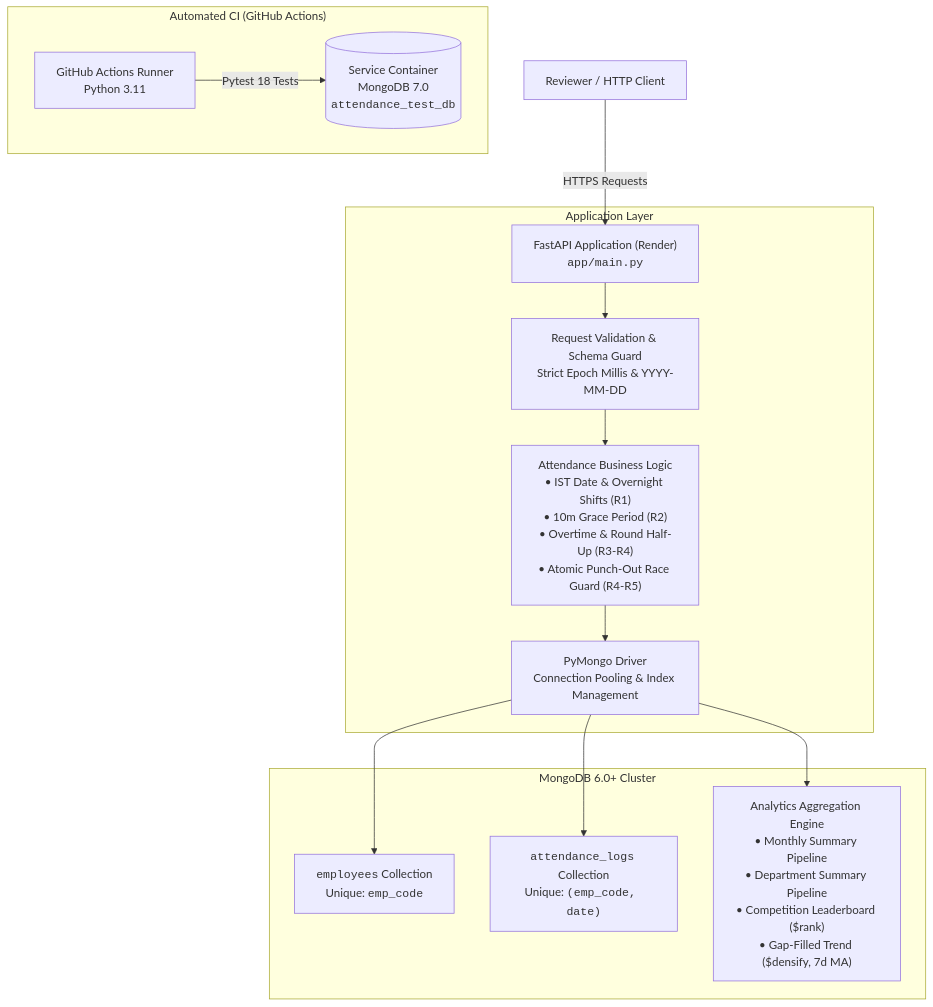
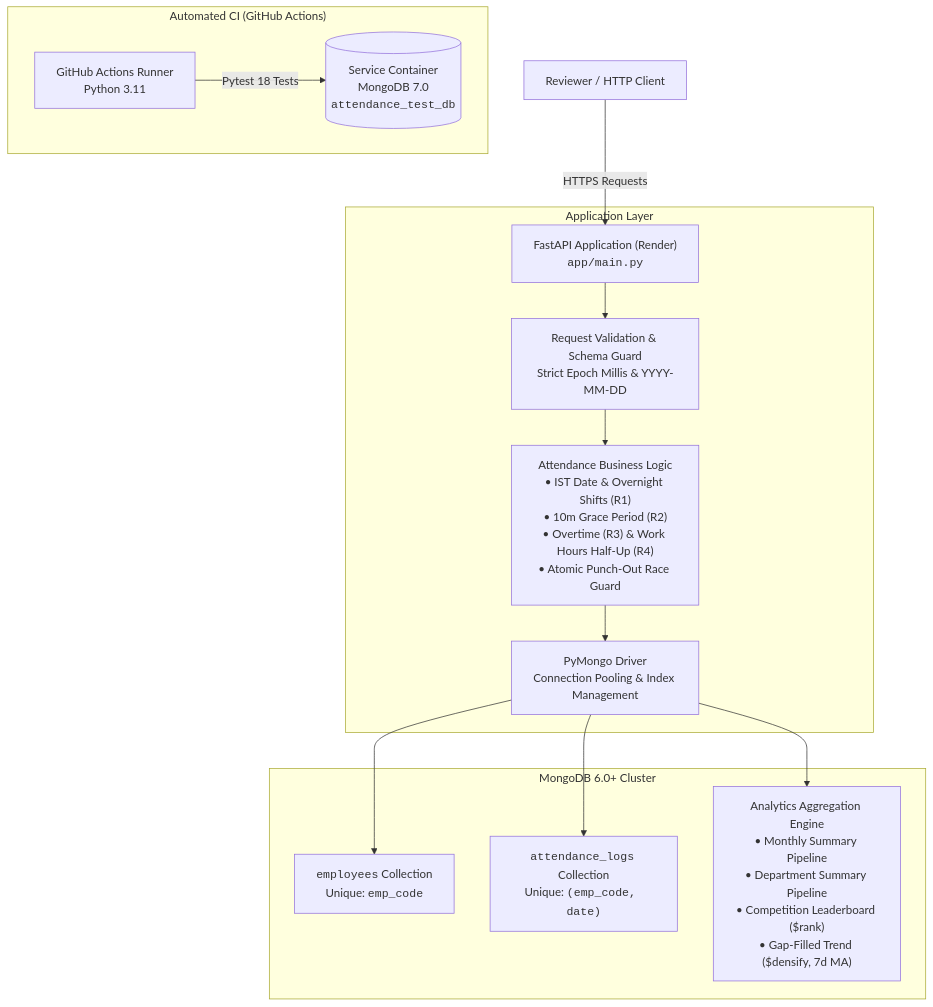
The diagram in README.md (ajayreddy510/employee-attendance-analytics-api), drawn with Mermaid before and after one commit. The commit also changed other lines of this file, not shown here.

````diff
--- a/README.md
+++ b/README.md
@@ -37,20 +37,20 @@
 ```mermaid
 graph TD
     Client["Reviewer / HTTP Client"] -->|HTTPS Requests| FastAPI["FastAPI Application (Render)<br/><code>app/main.py</code>"]
 
     subgraph FastAPI_App["Application Layer"]
         FastAPI --> Val["Request Validation & Schema Guard<br/>Strict Epoch Millis & YYYY-MM-DD"]
-        Val --> Rules["Attendance Business Logic<br/>• IST Date & Overnight Shifts (R1)<br/>• 10m Grace Period (R2)<br/>• Overtime & Round Half-Up (R3-R4)<br/>• Atomic Punch-Out Race Guard (R4-R5)"]
+        Val --> Rules["Attendance Business Logic<br/>• IST Date & Overnight Shifts (R1)<br/>• 10m Grace Period (R2)<br/>• Overtime (R3) & Work Hours Half-Up (R4)<br/>• Atomic Punch-Out Race Guard"]
         Rules --> PyMongo["PyMongo Driver<br/>Connection Pooling & Index Management"]
     end
 
     subgraph MongoDB_Atlas["MongoDB 6.0+ Cluster"]
         PyMongo --> EmpCol["<code>employees</code> Collection<br/>Unique: <code>emp_code</code>"]
         PyMongo --> AttCol["<code>attendance_logs</code> Collection<br/>Unique: <code>(emp_code, date)</code>"]
         PyMongo --> Pipelines["Analytics Aggregation Engine<br/>• Monthly Summary Pipeline<br/>• Department Summary Pipeline<br/>• Competition Leaderboard ($rank)<br/>• Gap-Filled Trend ($densify, 7d MA)"]
     end
 
     subgraph CI_Pipeline["Automated CI (GitHub Actions)"]
         GHA["GitHub Actions Runner<br/>Python 3.11"] -->|Pytest 18 Tests| TestDB[("Service Container<br/>MongoDB 7.0<br/><code>attendance_test_db</code>")]
     end
 ```
````
